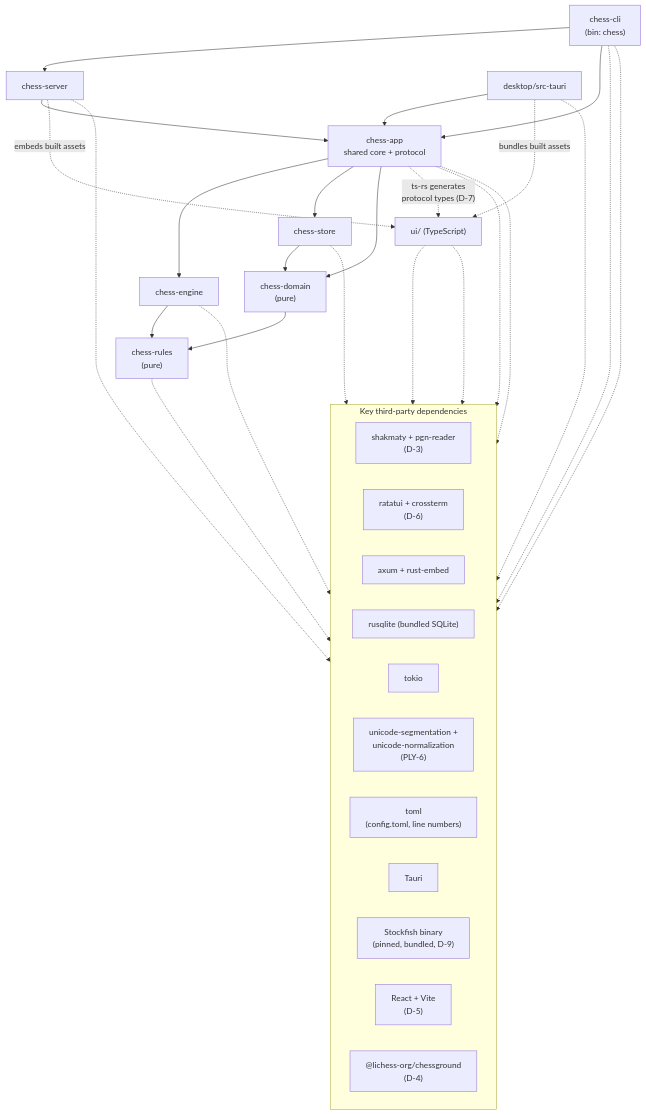
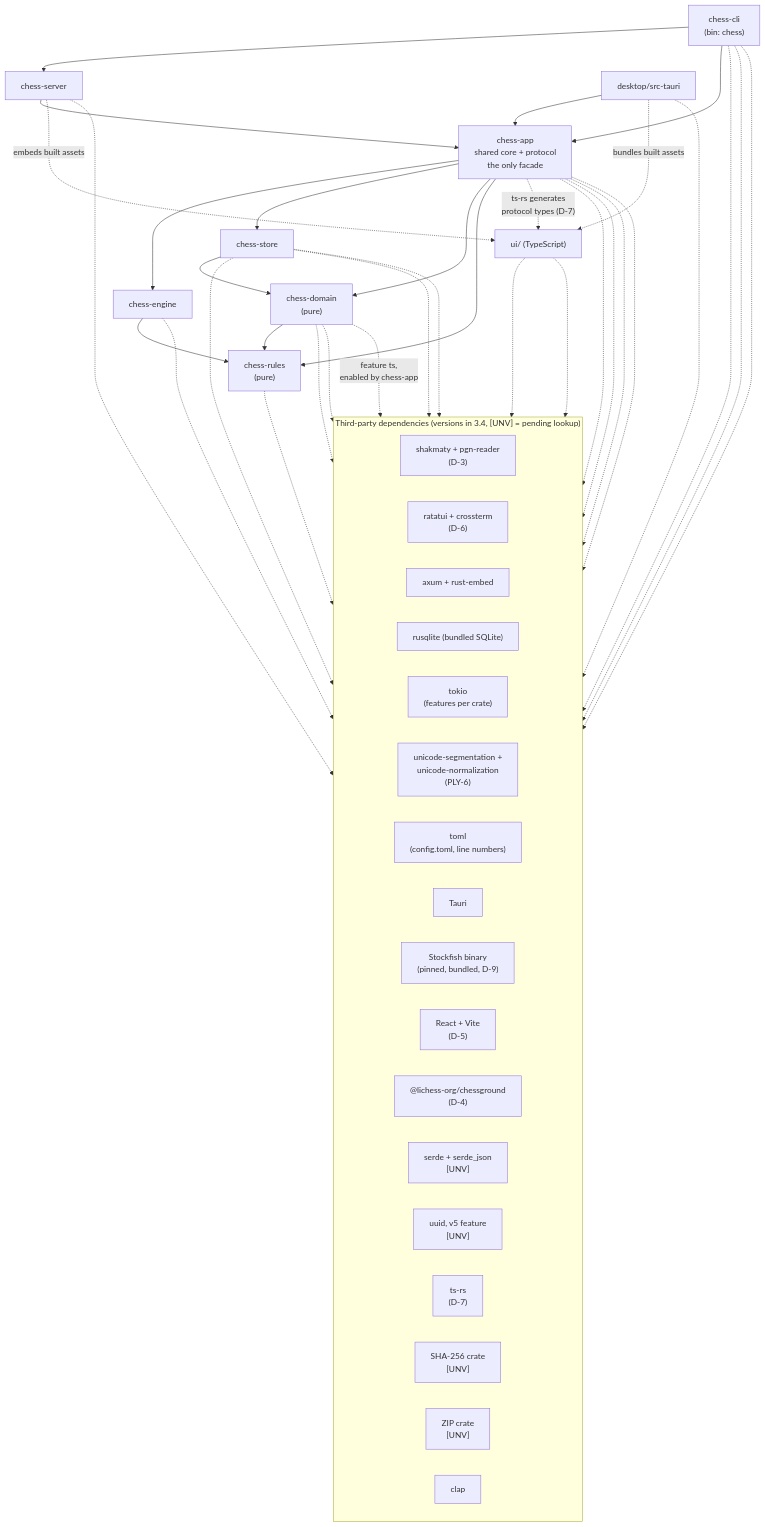
One commit to bprascher/chess changed the third of 14 diagrams in docs/architecture.md. Above: the diagram before and after it, drawn with Mermaid. The commit also changed other lines of this file and 17 other files, not shown here.

First line of the commit message:
Apply architecture addendum B and C to the SDDs and add the v0.4 consistency pass

````diff
--- a/docs/architecture.md
+++ b/docs/architecture.md
@@ -295,54 +328,69 @@
 ```mermaid
 flowchart TD
     cli["chess-cli<br/>(bin: chess)"]
     server["chess-server"]
     tauri["desktop/src-tauri"]
-    app["chess-app<br/>shared core + protocol"]
+    app["chess-app<br/>shared core + protocol<br/>the only facade"]
     engine["chess-engine"]
     store["chess-store"]
     domain["chess-domain<br/>(pure)"]
     rules["chess-rules<br/>(pure)"]
     ui["ui/ (TypeScript)"]
 
     cli --> server
     cli --> app
     server --> app
     tauri --> app
     app --> engine
     app --> store
     app --> domain
+    app --> rules
     engine --> rules
     store --> domain
     domain --> rules
 
     app -. "ts-rs generates<br/>protocol types (D-7)" .-> ui
     server -. "embeds built assets" .-> ui
     tauri -. "bundles built assets" .-> ui
 
-    subgraph ext["Key third-party dependencies"]
+    subgraph ext["Third-party dependencies (versions in 3.4, [UNV] = pending lookup)"]
         direction LR
         shak["shakmaty + pgn-reader<br/>(D-3)"]
         tui["ratatui + crossterm<br/>(D-6)"]
         axum["axum + rust-embed"]
         sql["rusqlite (bundled SQLite)"]
-        tokio["tokio"]
+        tokio["tokio<br/>(features per crate)"]
         uni["unicode-segmentation +<br/>unicode-normalization<br/>(PLY-6)"]
         tomlLib["toml<br/>(config.toml, line numbers)"]
         tauriLib["Tauri"]
         sfbin["Stockfish binary<br/>(pinned, bundled, D-9)"]
         react["React + Vite<br/>(D-5)"]
         cgLib["@lichess-org/chessground<br/>(D-4)"]
+        serdeL["serde + serde_json<br/>[UNV]"]
+        uuidL["uuid, v5 feature<br/>[UNV]"]
+        tsrsL["ts-rs<br/>(D-7)"]
+        shaL["SHA-256 crate<br/>[UNV]"]
+        zipL["ZIP crate<br/>[UNV]"]
+        clapL["clap"]
     end
 
     rules -.-> shak
     cli -.-> tui
     server -.-> axum
     store -.-> sql
     app -.-> tokio
     app -.-> uni
     cli -.-> tomlLib
+    cli -.-> clapL
     tauri -.-> tauriLib
     engine -.-> sfbin
+    domain -.-> serdeL
+    store -.-> serdeL
+    domain -.-> uuidL
+    store -.-> uuidL
+    domain -. "feature ts,<br/>enabled by chess-app" .-> tsrsL
+    app -.-> shaL
+    app -.-> zipL
     ui -.-> react
     ui -.-> cgLib
 ```
````
